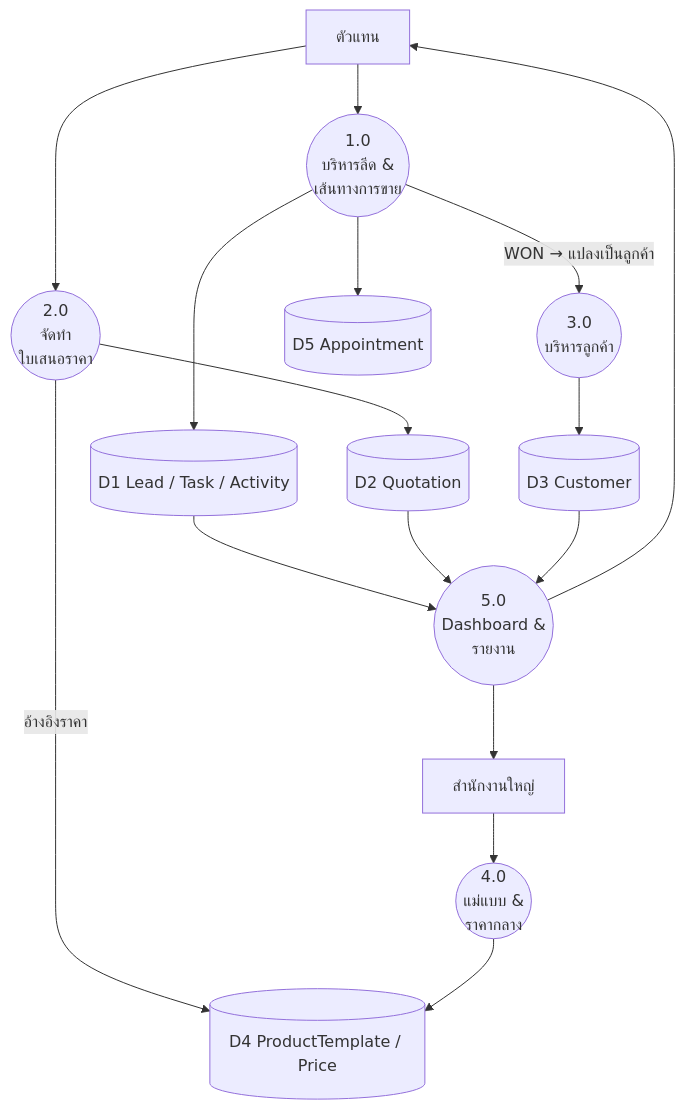
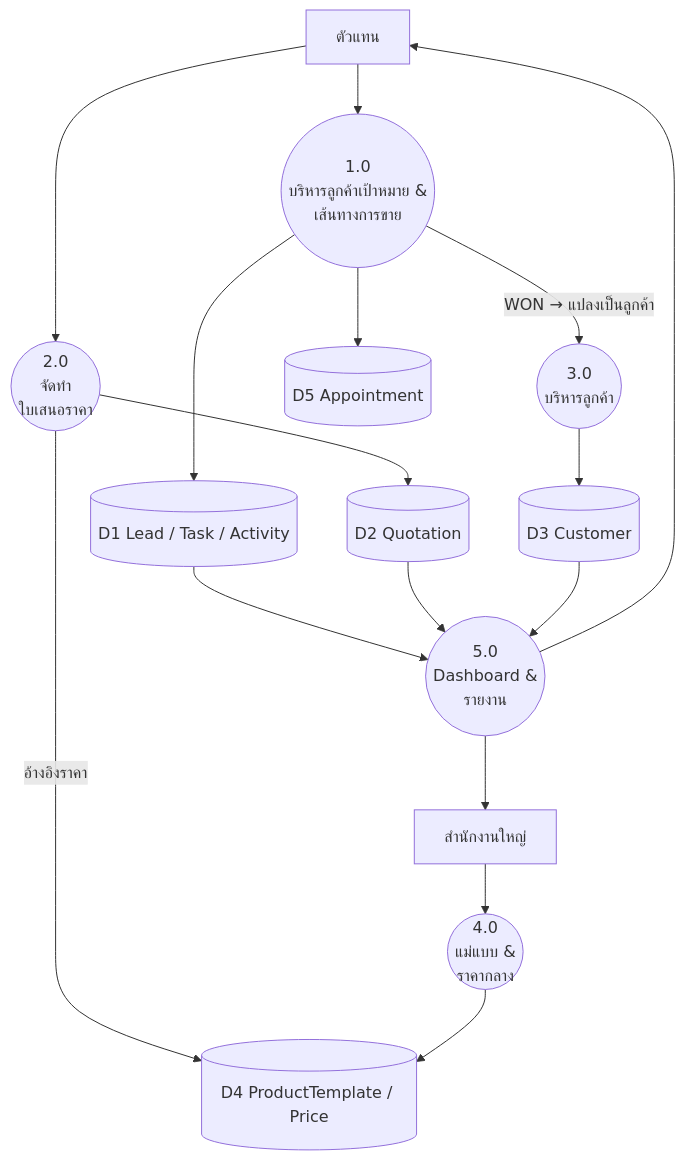
The fourth of 5 diagrams in docs/system-design.md (MazDev01/pms), drawn with Mermaid before and after one commit. The commit also changed other lines of this file and 94 other files, not shown here.

First line of the commit message:
fix: เปลี่ยนคำว่า "ลีด" เป็น "ลูกค้าเป้าหมาย" ให้ตรงกันทั้งระบบ

````diff
--- a/docs/system-design.md
+++ b/docs/system-design.md
@@ -106,24 +106,24 @@
 ```mermaid
 flowchart TB
     Dealer["ตัวแทน"]; HQ["สำนักงานใหญ่"]
-    P1(("1.0<br/>บริหารลีด &<br/>เส้นทางการขาย"))
+    P1(("1.0<br/>บริหารลูกค้าเป้าหมาย &<br/>เส้นทางการขาย"))
     P2(("2.0<br/>จัดทำ<br/>ใบเสนอราคา"))
     P3(("3.0<br/>บริหารลูกค้า"))
     P4(("4.0<br/>แม่แบบ &<br/>ราคากลาง"))
     P5(("5.0<br/>Dashboard &<br/>รายงาน"))
 
     D1[("D1 Lead / Task / Activity")]
     D2[("D2 Quotation")]
     D3[("D3 Customer")]
     D4[("D4 ProductTemplate / Price")]
     D5[("D5 Appointment")]
 
     Dealer --> P1 --> D1
     P1 --> D5
     P1 -->|"WON → แปลงเป็นลูกค้า"| P3 --> D3
     Dealer --> P2 --> D2
     P2 -->|"อ้างอิงราคา"| D4
     HQ --> P4 --> D4
     D1 & D2 & D3 --> P5 --> HQ
     P5 --> Dealer
 ```
````
